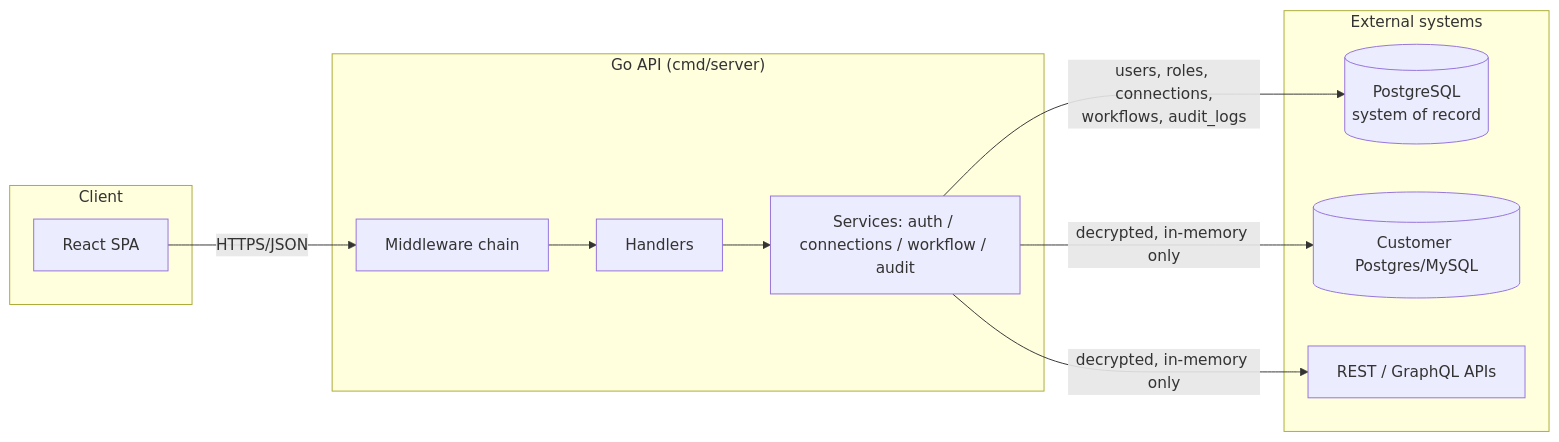
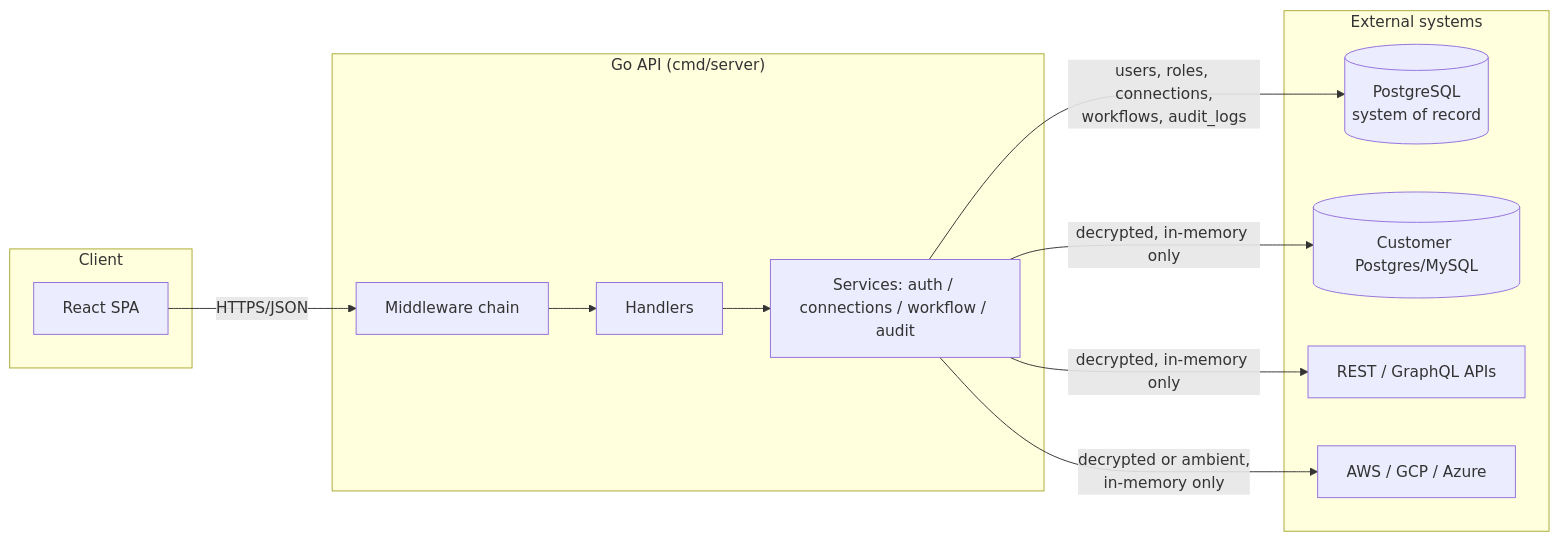
Before and after one commit to yesoreyeram/data-explorer: the first of 2 diagrams in docs/ARCHITECTURE.md, drawn with Mermaid. The commit also changed other lines of this file and 34 other files, not shown here.

````diff
--- a/docs/ARCHITECTURE.md
+++ b/docs/ARCHITECTURE.md
@@ -14,23 +14,25 @@
 ```mermaid
 flowchart LR
     subgraph Client
         SPA[React SPA]
     end
 
     subgraph API["Go API (cmd/server)"]
         MW[Middleware chain]
         H[Handlers]
         SVC[Services: auth / connections / workflow / audit]
     end
 
     subgraph External["External systems"]
         PG[(PostgreSQL\nsystem of record)]
         DS1[(Customer Postgres/MySQL)]
         DS2[REST / GraphQL APIs]
+        DS3[AWS / GCP / Azure]
     end
 
     SPA -- HTTPS/JSON --> MW --> H --> SVC
     SVC -- users, roles, connections,\nworkflows, audit_logs --> PG
     SVC -- decrypted, in-memory only --> DS1
     SVC -- decrypted, in-memory only --> DS2
+    SVC -- decrypted or ambient,\nin-memory only --> DS3
 ```
````
